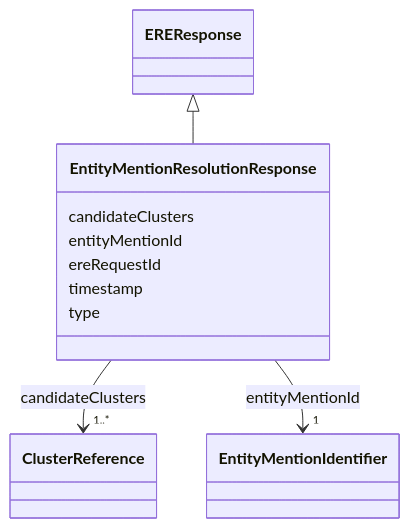
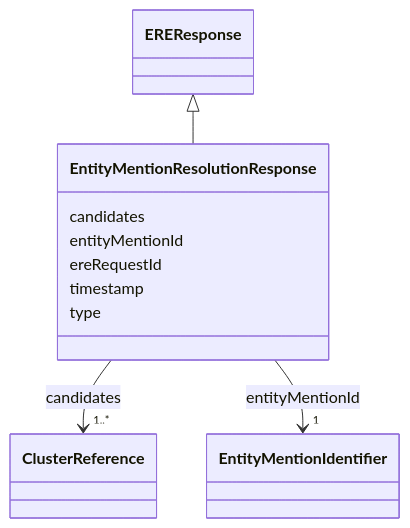
Before and after one commit to OP-TED/entity-resolution-spec: the diagram in docs/schema/EntityMentionResolutionResponse.md, drawn with Mermaid. The commit also changed other lines of this file and 11 other files, not shown here.

````diff
--- a/docs/schema/EntityMentionResolutionResponse.md
+++ b/docs/schema/EntityMentionResolutionResponse.md
@@ -34,37 +34,37 @@
 ```mermaid
  classDiagram
     class EntityMentionResolutionResponse
     click EntityMentionResolutionResponse href "../EntityMentionResolutionResponse/"
       EREResponse <|-- EntityMentionResolutionResponse
         click EREResponse href "../EREResponse/"
       
-      EntityMentionResolutionResponse : candidateClusters
+      EntityMentionResolutionResponse : candidates
         
           
     
         
         
-        EntityMentionResolutionResponse --> "1..*" ClusterReference : candidateClusters
+        EntityMentionResolutionResponse --> "1..*" ClusterReference : candidates
         click ClusterReference href "../ClusterReference/"
     
 
         
       EntityMentionResolutionResponse : entityMentionId
         
           
     
         
         
         EntityMentionResolutionResponse --> "1" EntityMentionIdentifier : entityMentionId
         click EntityMentionIdentifier href "../EntityMentionIdentifier/"
     
 
         
       EntityMentionResolutionResponse : ereRequestId
         
       EntityMentionResolutionResponse : timestamp
         
       EntityMentionResolutionResponse : type
         
       
 ```
````
